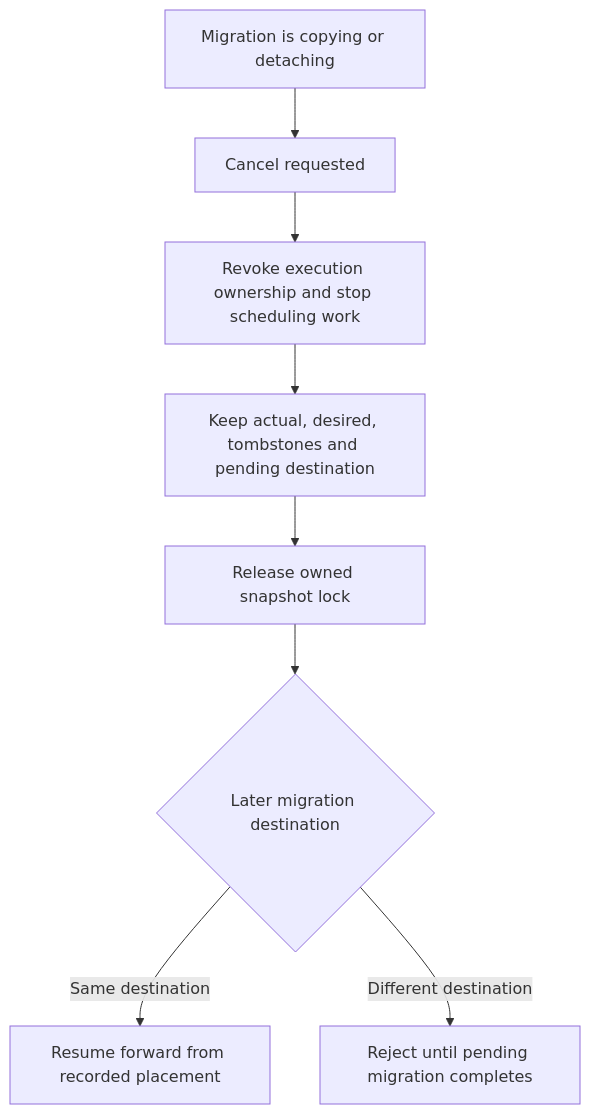
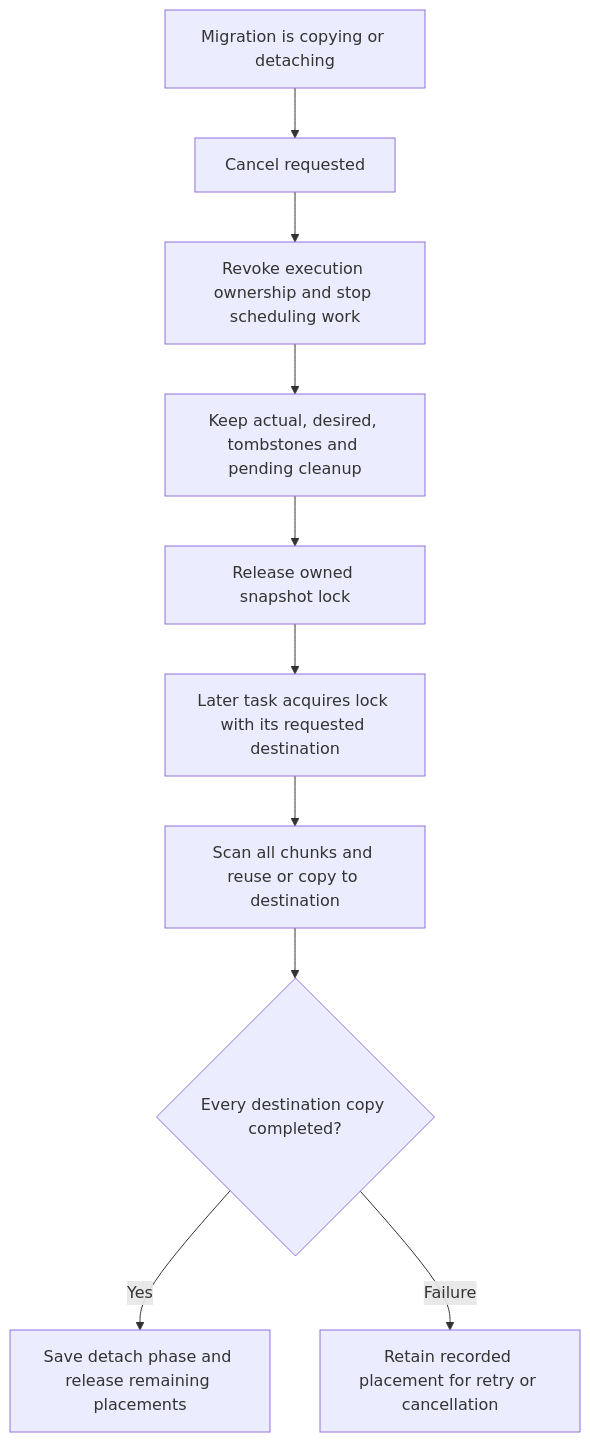
The ninth of 10 diagrams in doc/disk_manager/chunk_storage/design_doc.md (ydb-platform/nbs), drawn with Mermaid before and after one commit. The commit also changed other lines of this file, not shown here.

````diff
--- a/doc/disk_manager/chunk_storage/design_doc.md
+++ b/doc/disk_manager/chunk_storage/design_doc.md
@@ -347,10 +349,12 @@
 ```mermaid
 flowchart TD
     Running[Migration is copying or detaching] --> Cancel[Cancel requested]
     Cancel --> Stop[Revoke execution ownership and stop scheduling work]
-    Stop --> Keep[Keep actual, desired, tombstones and pending destination]
+    Stop --> Keep[Keep actual, desired, tombstones and pending cleanup]
     Keep --> Unlock[Release owned snapshot lock]
-    Unlock --> Next{Later migration destination}
-    Next -->|Same destination| Resume[Resume forward from recorded placement]
-    Next -->|Different destination| Reject[Reject until pending migration completes]
+    Unlock --> Next[Later task acquires lock with its requested destination]
+    Next --> Copy[Scan all chunks and reuse or copy to destination]
+    Copy --> Ready{Every destination copy completed?}
+    Ready -->|Yes| Detach[Save detach phase and release remaining placements]
+    Ready -->|Failure| Retry[Retain recorded placement for retry or cancellation]
 ```
````
